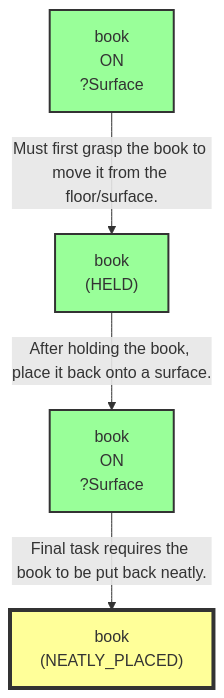
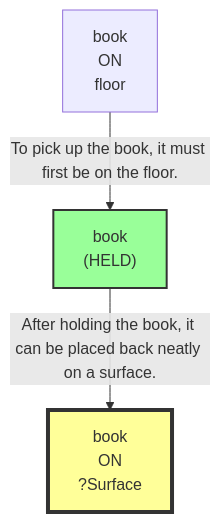
The seventh of 14 diagrams in evaluation/results/table3/robostate/runs/without_parameter_binding/G2_09/run_T3_without_parameter_binding_G2_09.md (scuama/virtualhome), drawn with Mermaid before and after one commit. The commit also changed other lines of this file and 507 other files, not shown here.

````diff
--- a/evaluation/results/table3/robostate/runs/without_parameter_binding/G2_09/run_T3_without_parameter_binding_G2_09.md
+++ b/evaluation/results/table3/robostate/runs/without_parameter_binding/G2_09/run_T3_without_parameter_binding_G2_09.md
@@ -519,14 +528,10 @@
 ```mermaid
 graph TD
-    N1["book<br>ON<br>?Surface"]
-    style N1 fill:#9f9,stroke:#333,stroke-width:2px
+    N1["book<br>ON<br>floor"]
     N2["book<br>(HELD)"]
     style N2 fill:#9f9,stroke:#333,stroke-width:2px
     N3["book<br>ON<br>?Surface"]
-    style N3 fill:#9f9,stroke:#333,stroke-width:2px
-    N4["book<br>(NEATLY_PLACED)"]
-    style N4 fill:#ff9,stroke:#333,stroke-width:4px
-    N1 -->|"Must first grasp the book to move it from the floor/surface."| N2
-    N2 -->|"After holding the book, place it back onto a surface."| N3
-    N3 -->|"Final task requires the book to be put back neatly."| N4
+    style N3 fill:#ff9,stroke:#333,stroke-width:4px
+    N1 -->|"To pick up the book, it must first be on the floor."| N2
+    N2 -->|"After holding the book, it can be placed back neatly on a surface."| N3
 ```
````
